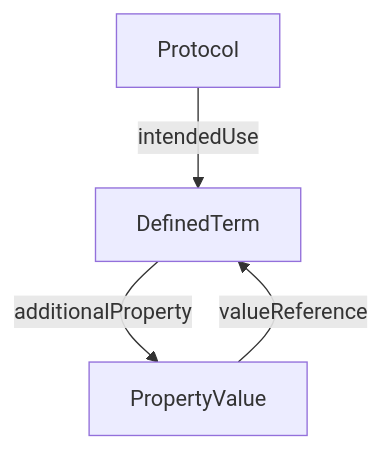
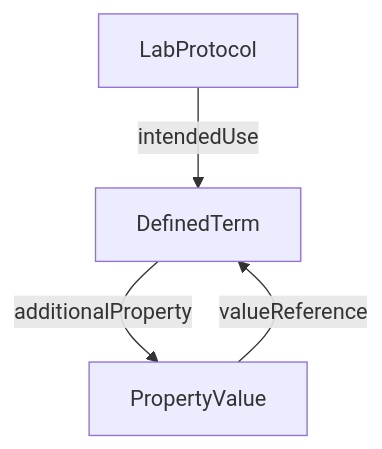
Before and after one commit to HLWeil/ProcessCore: the diagram in spec/core/DefinedTerm.md, drawn with Mermaid. The commit also changed 10 other files, not shown here.

````diff
--- a/spec/core/DefinedTerm.md
+++ b/spec/core/DefinedTerm.md
@@ -20,6 +20,6 @@
 ```mermaid
 flowchart TD
-    Protocol --intendedUse--> DefinedTerm
+    LabProtocol --intendedUse--> DefinedTerm
     PropertyValue --valueReference--> DefinedTerm
     DefinedTerm --additionalProperty--> PropertyValue
 ```
````
